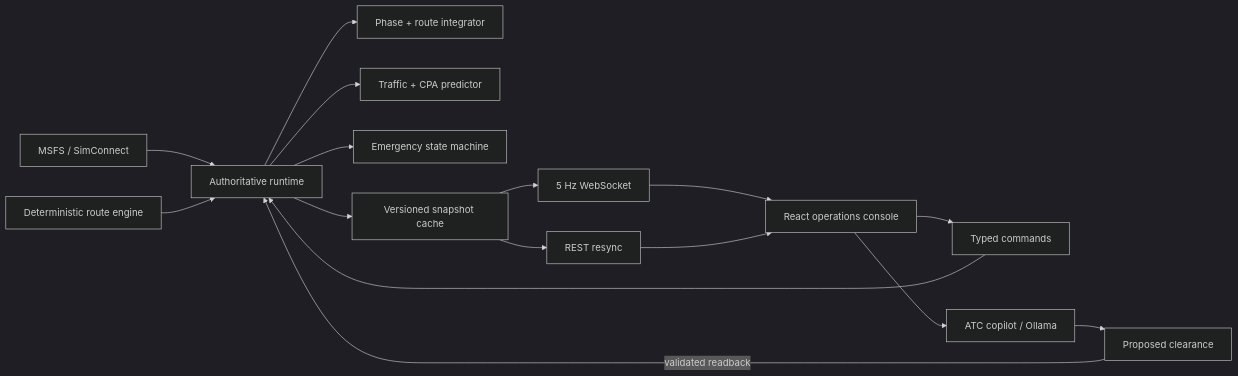
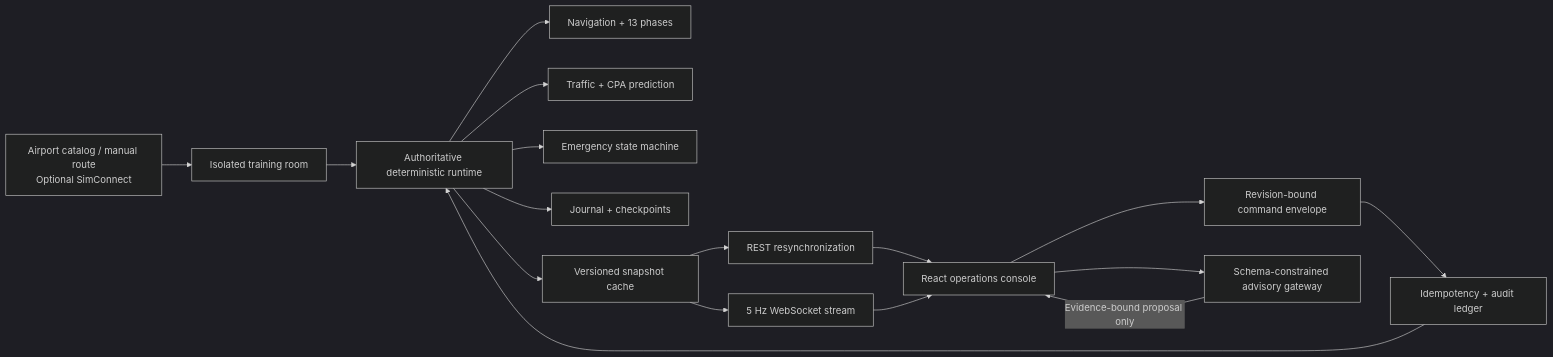
The diagram in README.md (inzi16/AI-Powered-Air-Traffic-Control-ATC), drawn with Mermaid (dark theme) before and after one commit. The commit also changed other lines of this file and 110 other files, not shown here.

First line of the commit message:
feat: rebuild Smart ATC as a synchronized aviation training platform

````diff
--- a/README.md
+++ b/README.md
@@ -54,18 +90,19 @@
 ```mermaid
 flowchart LR
-  SIM["MSFS / SimConnect"] --> RT["Authoritative runtime"]
-  DEMO["Deterministic route engine"] --> RT
-  RT --> NAV["Phase + route integrator"]
-  RT --> CPA["Traffic + CPA predictor"]
-  RT --> EMG["Emergency state machine"]
-  RT --> SNAP["Versioned snapshot cache"]
-  SNAP --> WS["5 Hz WebSocket"]
-  SNAP --> REST["REST resync"]
-  WS --> UI["React operations console"]
-  REST --> UI
-  UI --> CMD["Typed commands"]
-  CMD --> RT
-  UI --> AI["ATC copilot / Ollama"]
-  AI --> CLR["Proposed clearance"]
-  CLR -->|"validated readback"| RT
+    INPUT["Airport catalog / manual route<br/>Optional SimConnect"] --> ROOM["Isolated training room"]
+    ROOM --> RUNTIME["Authoritative deterministic runtime"]
+    RUNTIME --> NAV["Navigation + 13 phases"]
+    RUNTIME --> TRAFFIC["Traffic + CPA prediction"]
+    RUNTIME --> EMERGENCY["Emergency state machine"]
+    RUNTIME --> JOURNAL["Journal + checkpoints"]
+    RUNTIME --> SNAPSHOT["Versioned snapshot cache"]
+    SNAPSHOT --> REST["REST resynchronization"]
+    SNAPSHOT --> WS["5 Hz WebSocket stream"]
+    REST --> CONSOLE["React operations console"]
+    WS --> CONSOLE
+    CONSOLE --> COMMAND["Revision-bound command envelope"]
+    COMMAND --> LEDGER["Idempotency + audit ledger"]
+    LEDGER --> RUNTIME
+    CONSOLE --> GATEWAY["Schema-constrained advisory gateway"]
+    GATEWAY -->|"Evidence-bound proposal only"| CONSOLE
 ```
````
